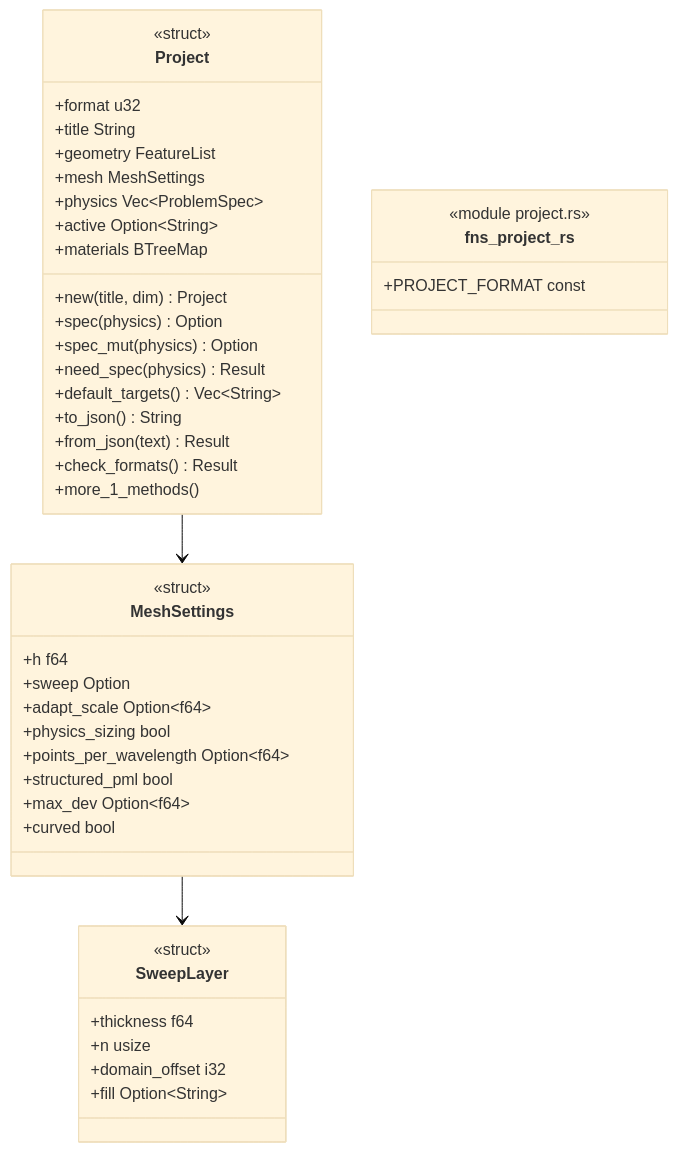
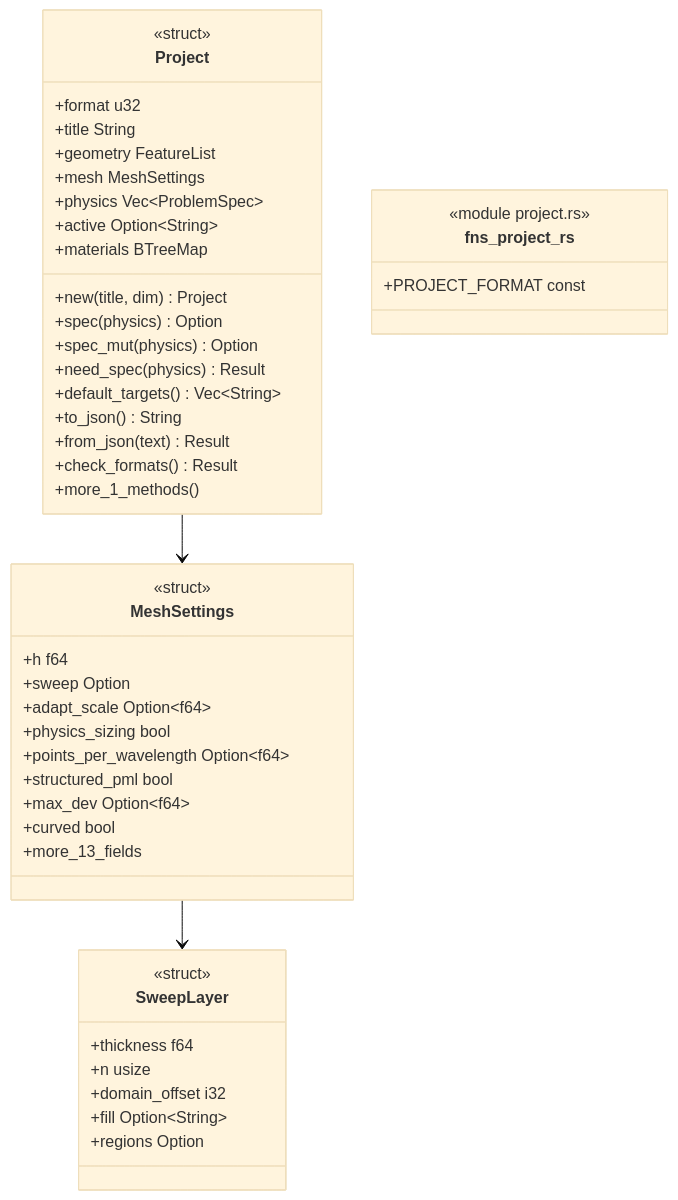
Before and after one commit to p-j-r/nyx: the diagram in docs/architecture/c4/4-code/engine/project.md, drawn with Mermaid (base theme). The commit also changed other lines of this file and 150 other files, not shown here.

````diff
--- a/docs/architecture/c4/4-code/engine/project.md
+++ b/docs/architecture/c4/4-code/engine/project.md
@@ -42,46 +42,48 @@
 ```mermaid
 classDiagram
   class SweepLayer {
       <<struct>>
       +thickness f64
       +n usize
       +domain_offset i32
       +fill Option~String~
+      +regions Option
   }
   class MeshSettings {
       <<struct>>
       +h f64
       +sweep Option
       +adapt_scale Option~f64~
       +physics_sizing bool
       +points_per_wavelength Option~f64~
       +structured_pml bool
       +max_dev Option~f64~
       +curved bool
+      +more_13_fields
   }
   class Project {
       <<struct>>
       +format u32
       +title String
       +geometry FeatureList
       +mesh MeshSettings
       +physics Vec~ProblemSpec~
       +active Option~String~
       +materials BTreeMap
       +new(title, dim) Project
       +spec(physics) Option
       +spec_mut(physics) Option
       +need_spec(physics) Result
       +default_targets() Vec~String~
       +to_json() String
       +from_json(text) Result
       +check_formats() Result
       +more_1_methods()
   }
   class fns_project_rs {
       <<module project.rs>>
       +PROJECT_FORMAT const
   }
   MeshSettings --> SweepLayer
   Project --> MeshSettings
 ```
````
